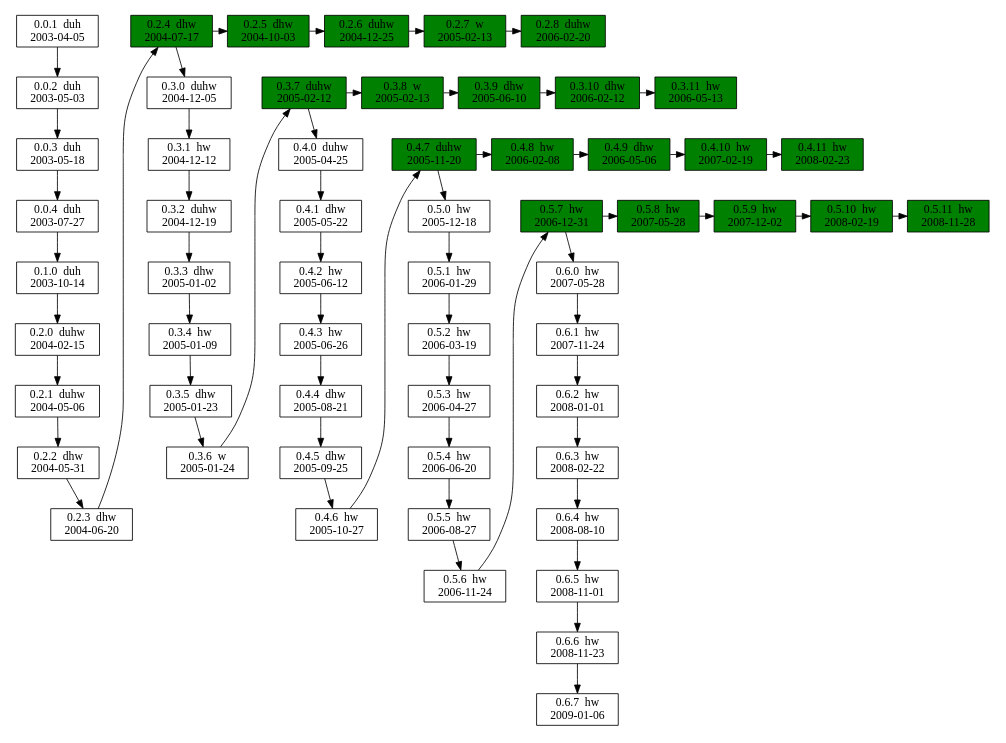
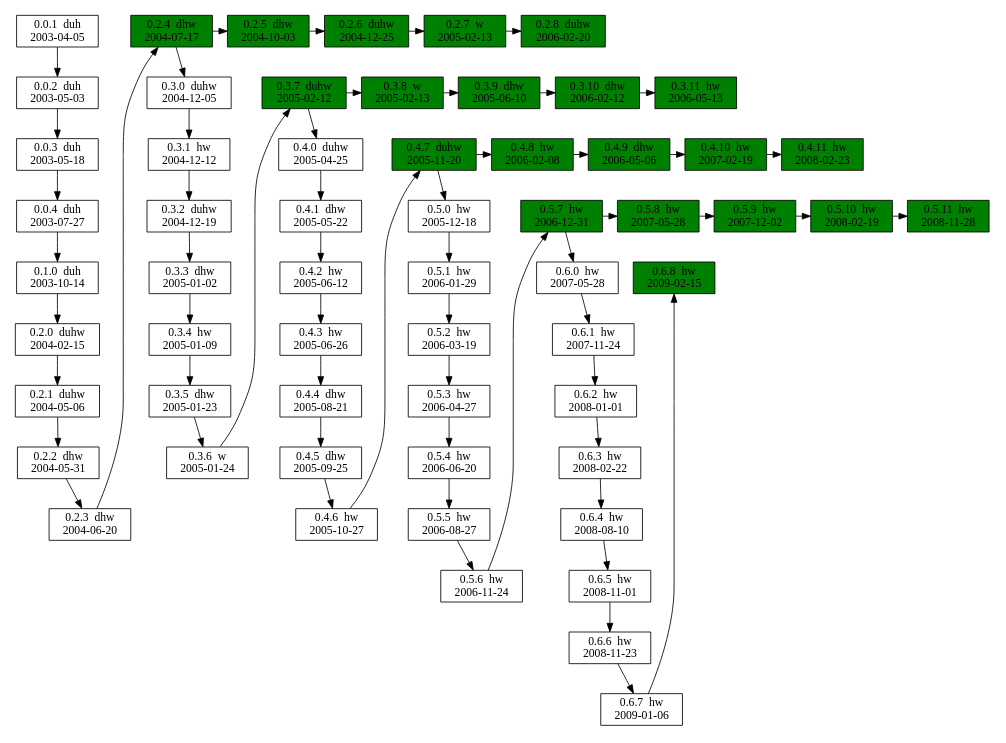
Before and after one commit to vanhoefm/krackattacks-scripts: the diagram in www/versions.dot, drawn with Graphviz. The commit also changed 3 other files, not shown here.

```diff
--- a/www/versions.dot
+++ b/www/versions.dot
@@ -1,102 +1,103 @@
 digraph versions {
 	size="10,6"
 #	rankdir=LR
 
 # development releases
 
 	node [shape=box]
 	v001 [label="0.0.1  duh\n2003-04-05"]
 	v002 [label="0.0.2  duh\n2003-05-03"]
 	v003 [label="0.0.3  duh\n2003-05-18"]
 	v004 [label="0.0.4  duh\n2003-07-27"]
 	v010 [label="0.1.0  duh\n2003-10-14"]
 	v020 [label="0.2.0  duhw\n2004-02-15"]
 	v021 [label="0.2.1  duhw\n2004-05-06"]
 	v022 [label="0.2.2  dhw\n2004-05-31"]
 	v023 [label="0.2.3  dhw\n2004-06-20"]
 	v030 [label="0.3.0  duhw\n2004-12-05"]
 	v031 [label="0.3.1  hw\n2004-12-12"]
 	v032 [label="0.3.2  duhw\n2004-12-19"]
 	v033 [label="0.3.3  dhw\n2005-01-02"]
 	v034 [label="0.3.4  hw\n2005-01-09"]
 	v035 [label="0.3.5  dhw\n2005-01-23"]
 	v036 [label="0.3.6  w\n2005-01-24"]
 
 	v040 [label="0.4.0  duhw\n2005-04-25"]
 	v041 [label="0.4.1  dhw\n2005-05-22"]
 	v042 [label="0.4.2  hw\n2005-06-12"]
 	v043 [label="0.4.3  hw\n2005-06-26"]
 	v044 [label="0.4.4  dhw\n2005-08-21"]
 	v045 [label="0.4.5  dhw\n2005-09-25"]
 	v046 [label="0.4.6  hw\n2005-10-27"]
 	v050 [label="0.5.0  hw\n2005-12-18"]
 	v051 [label="0.5.1  hw\n2006-01-29"]
 	v052 [label="0.5.2  hw\n2006-03-19"]
 	v053 [label="0.5.3  hw\n2006-04-27"]
 	v054 [label="0.5.4  hw\n2006-06-20"]
 	v055 [label="0.5.5  hw\n2006-08-27"]
 	v056 [label="0.5.6  hw\n2006-11-24"]
 	v060 [label="0.6.0  hw\n2007-05-28"]
 	v061 [label="0.6.1  hw\n2007-11-24"]
 	v062 [label="0.6.2  hw\n2008-01-01"]
 	v063 [label="0.6.3  hw\n2008-02-22"]
 	v064 [label="0.6.4  hw\n2008-08-10"]
 	v065 [label="0.6.5  hw\n2008-11-01"]
 	v066 [label="0.6.6  hw\n2008-11-23"]
 	v067 [label="0.6.7  hw\n2009-01-06"]
 
 # stable releases
 
 	node [fillcolor=green style=filled]
 	v024 [label="0.2.4  dhw\n2004-07-17"]
 	v025 [label="0.2.5  dhw\n2004-10-03"]
 	v026 [label="0.2.6  duhw\n2004-12-25"]
 	v027 [label="0.2.7  w\n2005-02-13"]
 	v028 [label="0.2.8  duhw\n2006-02-20"]
 	v037 [label="0.3.7  duhw\n2005-02-12"]
 	v038 [label="0.3.8  w\n2005-02-13"]
 	v039 [label="0.3.9  dhw\n2005-06-10"]
 	v0310 [label="0.3.10  dhw\n2006-02-12"]
 	v0311 [label="0.3.11  hw\n2006-05-13"]
 	v047 [label="0.4.7  duhw\n2005-11-20"]
 	v048 [label="0.4.8  hw\n2006-02-08"]
 	v049 [label="0.4.9  dhw\n2006-05-06"]
 	v0410 [label="0.4.10  hw\n2007-02-19"]
 	v0411 [label="0.4.11  hw\n2008-02-23"]
 	v057 [label="0.5.7  hw\n2006-12-31"]
 	v058 [label="0.5.8  hw\n2007-05-28"]
 	v059 [label="0.5.9  hw\n2007-12-02"]
 	v0510 [label="0.5.10  hw\n2008-02-19"]
 	v0511 [label="0.5.11  hw\n2008-11-28"]
+	v068 [label="0.6.8  hw\n2009-02-15"]
 
 # development releases
 
 	v001 -> v002 -> v003 -> v004
 	v004 -> v010 -> v020 -> v021 -> v022 -> v023 -> v024
 	v024 -> v030 -> v031 -> v032 -> v033 -> v034 -> v035 -> v036 -> v037
 	v037 -> v040 -> v041 -> v042 -> v043 -> v044 -> v045 -> v046 -> v047
 	v047 -> v050 -> v051 -> v052 -> v053 -> v054 -> v055 -> v056 -> v057
-	v057 -> v060 -> v061 -> v062 -> v063 -> v064 -> v065 -> v066 -> v067
+	v057 -> v060 -> v061 -> v062 -> v063 -> v064 -> v065 -> v066 -> v067 -> v068
 
 	{rank=same; v001 v024}
 	{rank=same; v030 v037}
 	{rank=same; v040 v047}
 	{rank=same; v050 v057}
-#	{rank=same; v060 v066}
+	{rank=same; v060 v068}
 
 # stable releases
 
 	v024 -> v025 -> v026 -> v027 -> v028
 	v037 -> v038 -> v039 -> v0310 -> v0311
 	v047 -> v048 -> v049 -> v0410 -> v0411
 	v057 -> v058 -> v059 -> v0510 -> v0511
 
 	{rank=same; v024 v025 v026 v027 v028}
 	{rank=same; v037 v038 v039 v0310 v0311}
 	{rank=same; v047 v048 v049 v0410 v0411}
 	{rank=same; v057 v058 v059 v0510 v0511}
 
 #	edge [style=dashed,color=red]
 #	v030 -> v036
 
 }
```
